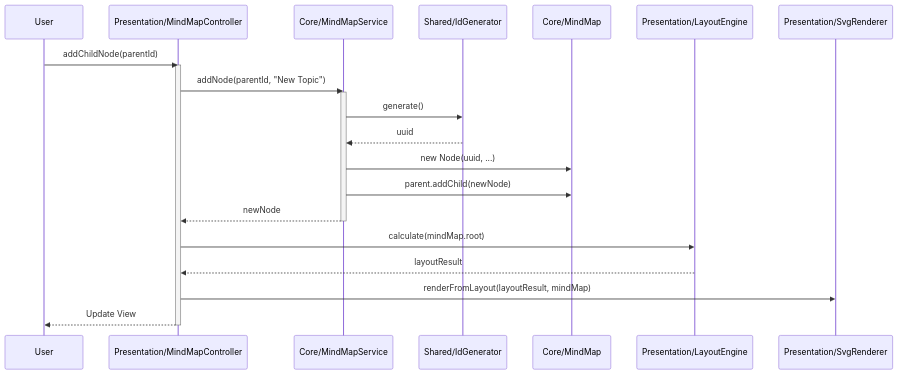
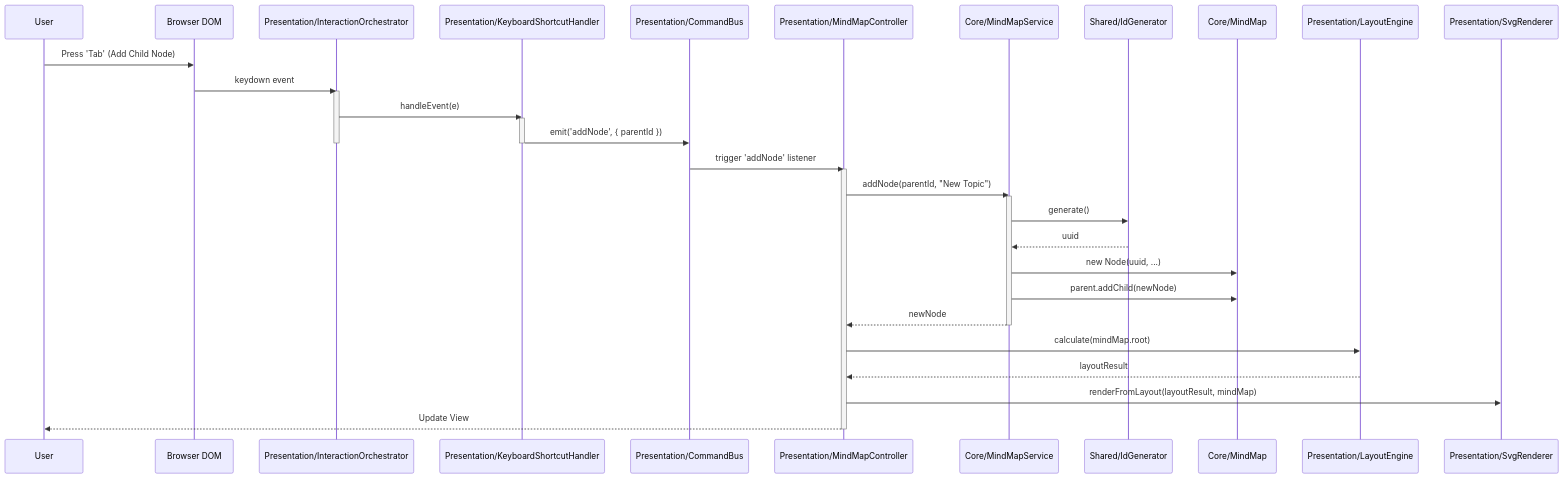
One commit to hiroooo000/kakidash changed the third of 7 diagrams in docs/SOFTWARE_ARCHITECTURE_ja.md. Above: the diagram before and after it, drawn with Mermaid. The commit also changed other lines of this file and 17 other files, not shown here.

First line of the commit message:
refactor(interaction): Implement InteractionOrchestrator and CommandBus

````diff
--- a/docs/SOFTWARE_ARCHITECTURE_ja.md
+++ b/docs/SOFTWARE_ARCHITECTURE_ja.md
@@ -224,31 +234,44 @@
 ```mermaid
 sequenceDiagram
     participant User
+    participant DOM as Browser DOM
+    participant Orch as Presentation/InteractionOrchestrator
+    participant Handler as Presentation/KeyboardShortcutHandler
+    participant Bus as Presentation/CommandBus
     participant Controller as Presentation/MindMapController
     participant Service as Core/MindMapService
     participant IdGen as Shared/IdGenerator
     participant Entity as Core/MindMap
     participant Layout as Presentation/LayoutEngine
     participant Renderer as Presentation/SvgRenderer
 
-    User->>Controller: addChildNode(parentId)
+    User->>DOM: Press 'Tab' (Add Child Node)
+    DOM->>Orch: keydown event
+    activate Orch
+    Orch->>Handler: handleEvent(e)
+    activate Handler
+    Handler->>Bus: emit('addNode', { parentId })
+    deactivate Handler
+    deactivate Orch
+
+    Bus->>Controller: trigger 'addNode' listener
     activate Controller
 
     Controller->>Service: addNode(parentId, "New Topic")
     activate Service
 
     Service->>IdGen: generate()
     IdGen-->>Service: uuid
 
     Service->>Entity: new Node(uuid, ...)
     Service->>Entity: parent.addChild(newNode)
 
     Service-->>Controller: newNode
     deactivate Service
 
     Controller->>Layout: calculate(mindMap.root)
     Layout-->>Controller: layoutResult
     Controller->>Renderer: renderFromLayout(layoutResult, mindMap)
     Controller-->>User: Update View
     deactivate Controller
 ```
````
